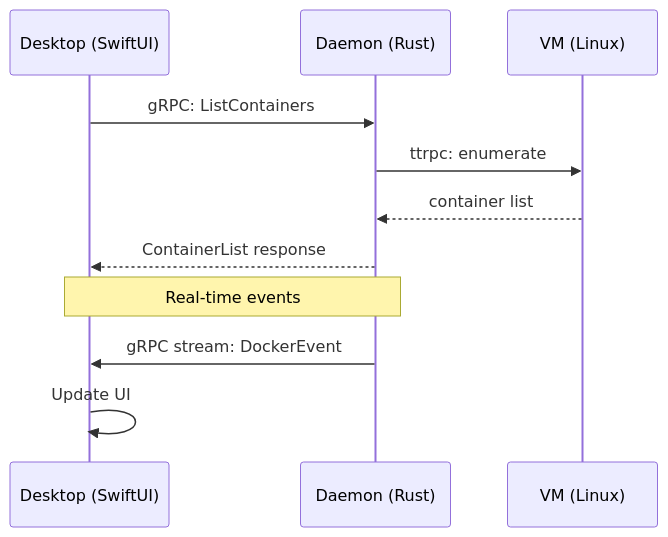
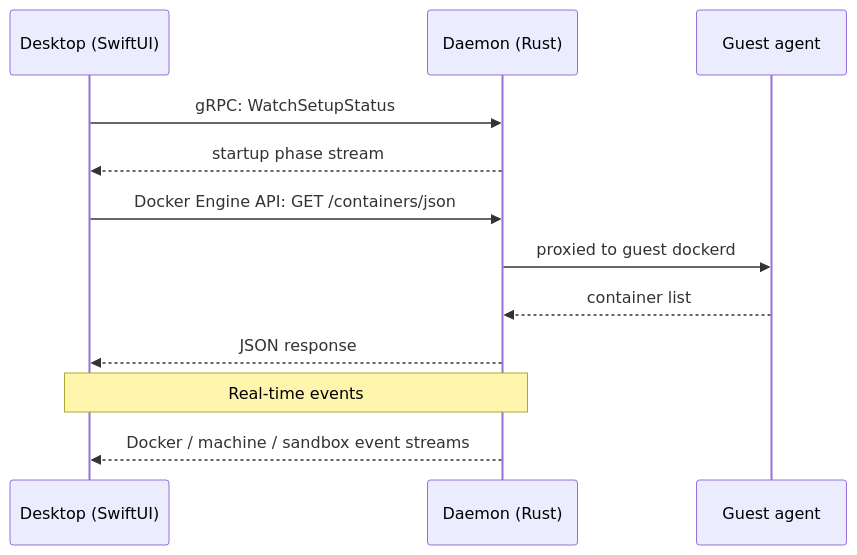
The second of 2 diagrams in content/docs/desktop/architecture.mdx (arcboxlabs/websites), drawn with Mermaid before and after one commit. The commit also changed other lines of this file and 39 other files, not shown here.

````diff
--- a/content/docs/desktop/architecture.mdx
+++ b/content/docs/desktop/architecture.mdx
@@ -49,15 +62,17 @@
 ```mermaid
 sequenceDiagram
     participant UI as Desktop (SwiftUI)
     participant D as Daemon (Rust)
-    participant VM as VM (Linux)
+    participant G as Guest agent
 
-    UI->>D: gRPC: ListContainers
-    D->>VM: ttrpc: enumerate
-    VM-->>D: container list
-    D-->>UI: ContainerList response
+    UI->>D: gRPC: WatchSetupStatus
+    D-->>UI: startup phase stream
+
+    UI->>D: Docker Engine API: GET /containers/json
+    D->>G: proxied to guest dockerd
+    G-->>D: container list
+    D-->>UI: JSON response
 
     Note over UI,D: Real-time events
-    D->>UI: gRPC stream: DockerEvent
-    UI->>UI: Update UI
+    D-->>UI: Docker / machine / sandbox event streams
 ```
````
